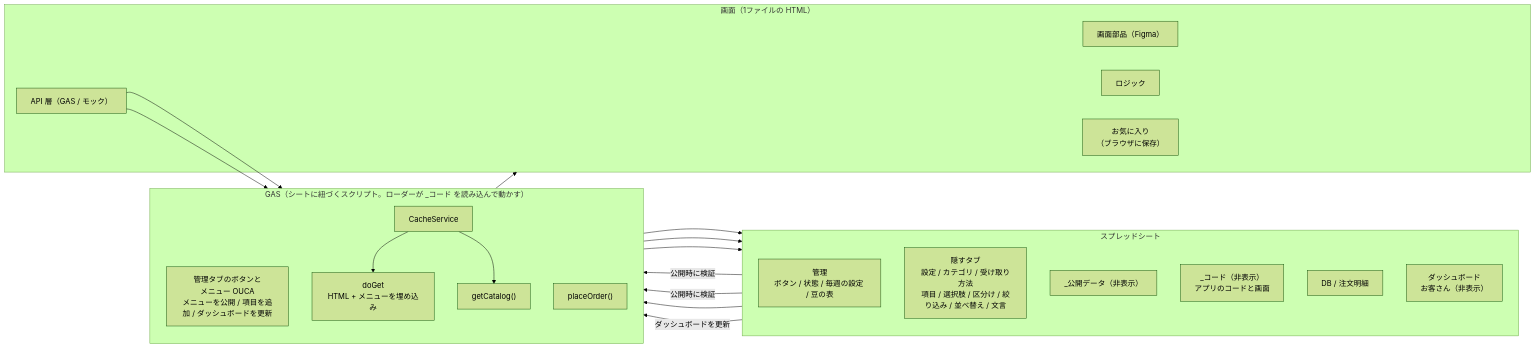
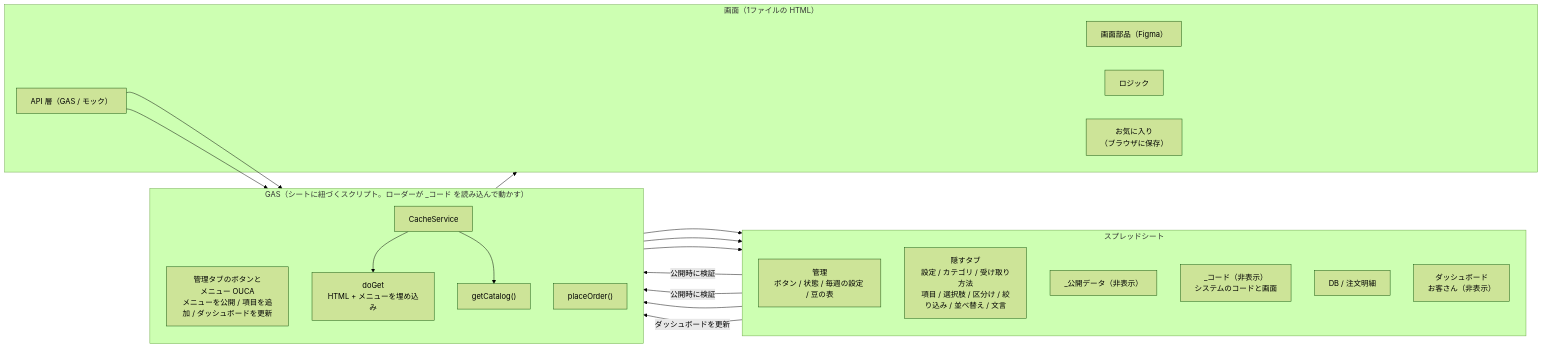
One commit to yuk-wq/ouca changed the first of 5 diagrams in docs/to-be/design.md. Above: the diagram before and after it, drawn with Mermaid (forest theme). The commit also changed other lines of this file and 6 other files, not shown here.

````diff
--- a/docs/to-be/design.md
+++ b/docs/to-be/design.md
@@ -82,32 +82,32 @@
 ```mermaid
 flowchart LR
   subgraph Sheet["スプレッドシート"]
     direction TB
     E1["管理<br/>ボタン / 状態 / 毎週の設定 / 豆の表"]
     E2["隠すタブ<br/>設定 / カテゴリ / 受け取り方法<br/>項目 / 選択肢 / 区分け / 絞り込み / 並べ替え / 文言"]
     P["_公開データ（非表示）"]
-    K["_コード（非表示）<br/>アプリのコードと画面"]
+    K["_コード（非表示）<br/>システムのコードと画面"]
     O["DB / 注文明細"]
     AN["ダッシュボード<br/>お客さん（非表示）"]
   end
   subgraph GAS["GAS（シートに紐づくスクリプト。ローダーが _コード を読み込んで動かす）"]
     direction TB
     M["管理タブのボタンと<br/>メニュー OUCA<br/>メニューを公開 / 項目を追加 / ダッシュボードを更新"]
     R["doGet<br/>HTML + メニューを埋め込み"]
     A1["getCatalog()"]
     A2["placeOrder()"]
     C["CacheService"]
   end
   subgraph Front["画面（1ファイルの HTML）"]
     V["画面部品（Figma）"]
     D["ロジック"]
     FAV["お気に入り<br/>（ブラウザに保存）"]
     API["API 層（GAS / モック）"]
   end
   E1 & E2 -->|"公開時に検証"| M --> P
   P --> C --> R --> Front
   C --> A1
   API --> A1
   API --> A2 --> O
   O -->|"ダッシュボードを更新"| M --> AN
 ```
````
